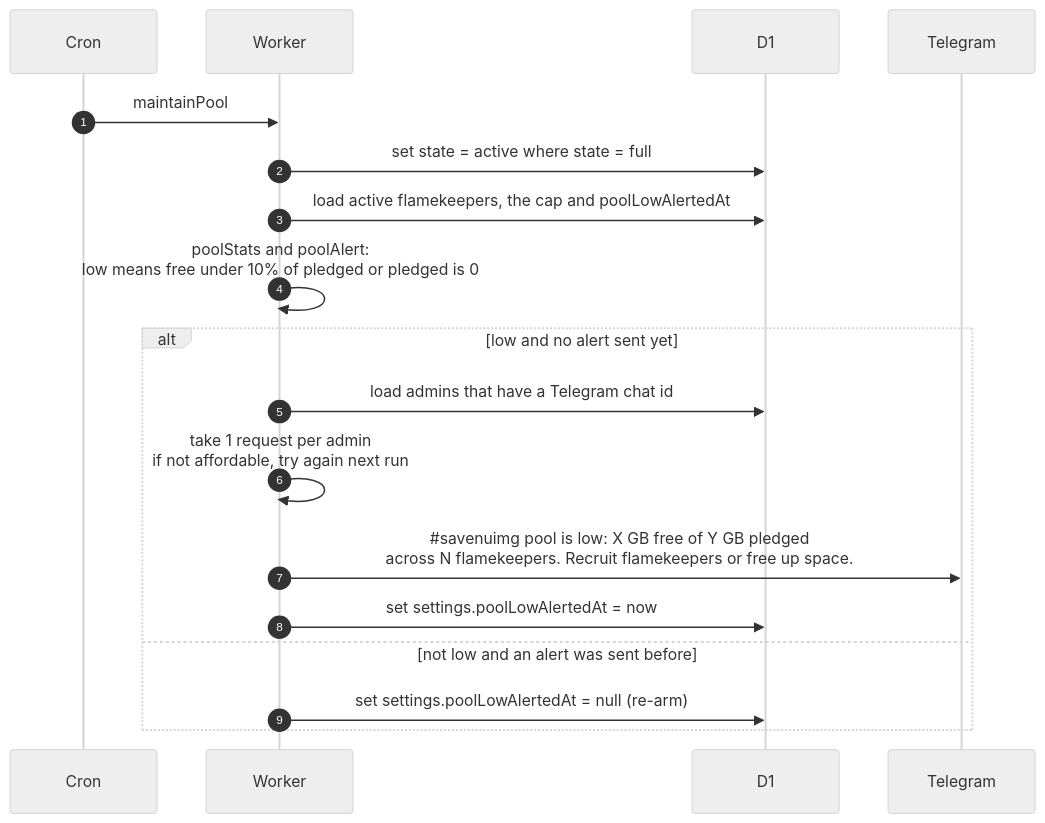
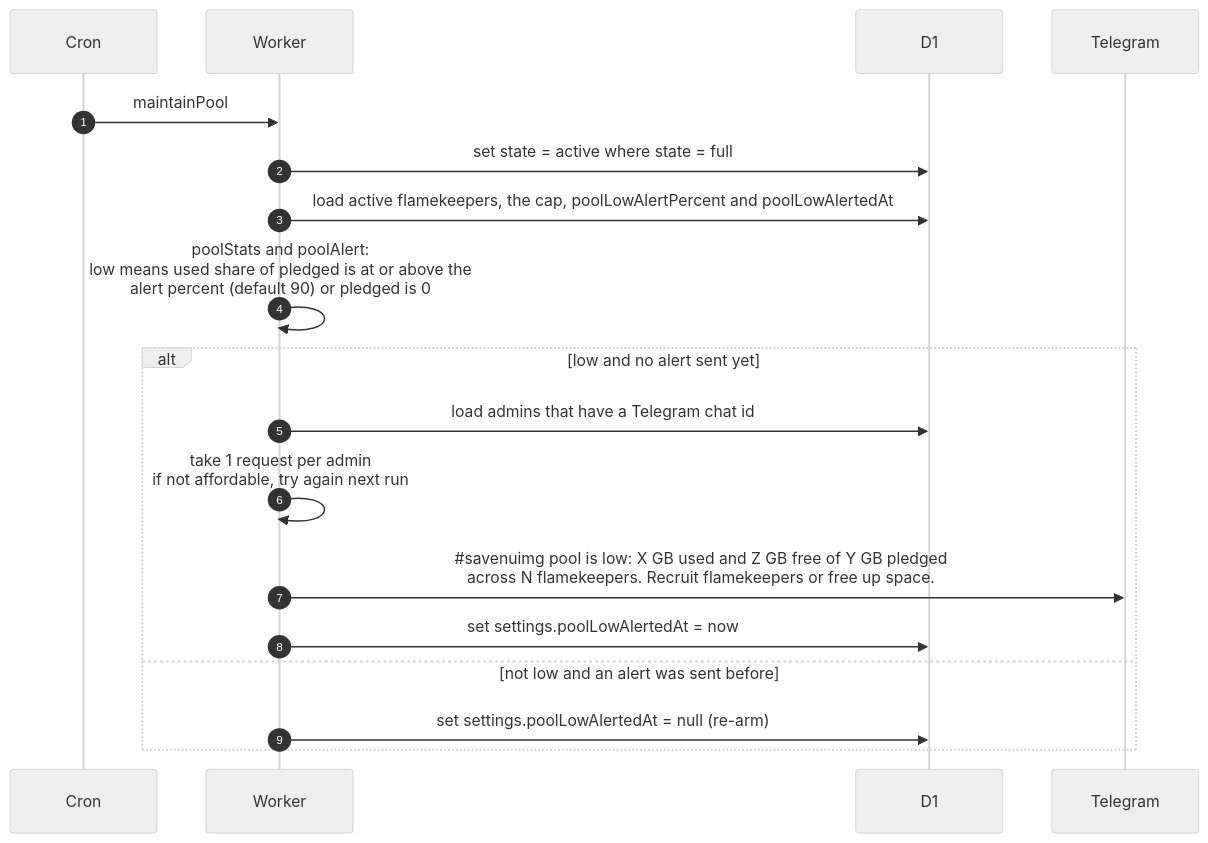
Before and after one commit to sagyzdop/meriksirat: the diagram in docs/scenarios/cron/flamekeepers/pool-top-up.md, drawn with Mermaid (neutral theme). The commit also changed other lines of this file and 45 other files, not shown here.

````diff
--- a/docs/scenarios/cron/flamekeepers/pool-top-up.md
+++ b/docs/scenarios/cron/flamekeepers/pool-top-up.md
@@ -33,21 +34,21 @@
 ```mermaid
 sequenceDiagram
     autonumber
     participant Cron
     participant Worker
     participant D1
     participant Telegram
 
     Cron->>Worker: maintainPool
     Worker->>D1: set state = active where state = full
-    Worker->>D1: load active flamekeepers, the cap and poolLowAlertedAt
-    Worker->>Worker: poolStats and poolAlert:<br/>low means free under 10% of pledged or pledged is 0
+    Worker->>D1: load active flamekeepers, the cap, poolLowAlertPercent and poolLowAlertedAt
+    Worker->>Worker: poolStats and poolAlert:<br/>low means used share of pledged is at or above the<br/>alert percent (default 90) or pledged is 0
     alt low and no alert sent yet
         Worker->>D1: load admins that have a Telegram chat id
         Worker->>Worker: take 1 request per admin<br/>if not affordable, try again next run
-        Worker->>Telegram: #35;savenuimg pool is low: X GB free of Y GB pledged<br/>across N flamekeepers. Recruit flamekeepers or free up space.
+        Worker->>Telegram: #35;savenuimg pool is low: X GB used and Z GB free of Y GB pledged<br/>across N flamekeepers. Recruit flamekeepers or free up space.
         Worker->>D1: set settings.poolLowAlertedAt = now
     else not low and an alert was sent before
         Worker->>D1: set settings.poolLowAlertedAt = null (re-arm)
     end
 ```
````
